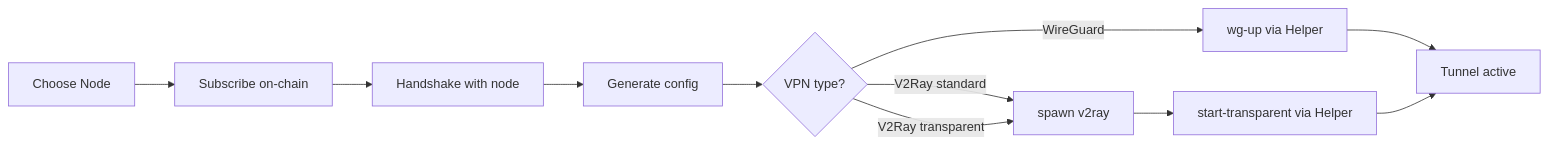
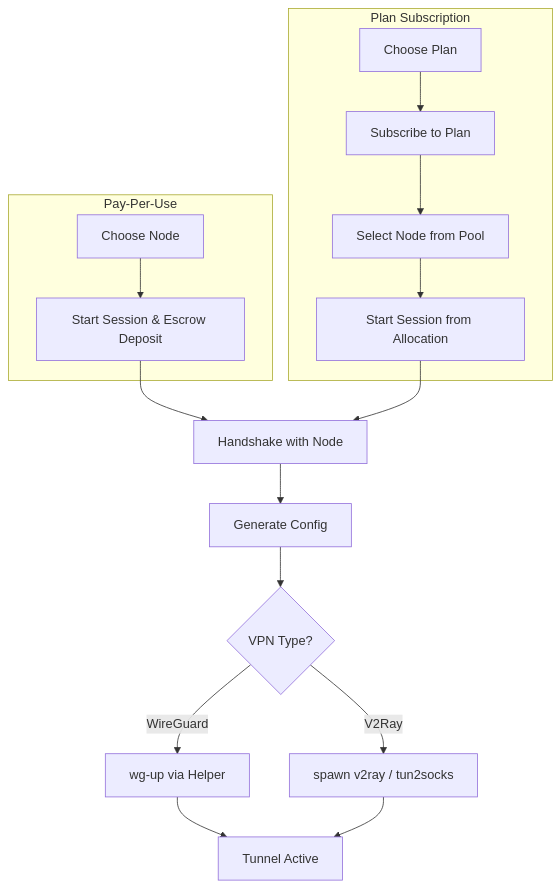
The first of 3 diagrams in README.md (Tkd-Alex/ChibaTunnel), drawn with Mermaid before and after one commit.

Commit message:
docs: detail connection lifecycle and plan subscription flow
Updated the architecture section to visually separate the Pay-Per-Use and Plan Subscription flows before the shared off-chain handshake.

````diff
--- a/README.md
+++ b/README.md
@@ -52,13 +52,22 @@
 ```mermaid
-graph LR
-  A[Choose Node] --> B[Subscribe on-chain]
-  B --> C[Handshake with node]
-  C --> D[Generate config]
-  D --> E{VPN type?}
-  E -->|WireGuard| F[wg-up via Helper]
-  E -->|V2Ray standard| G[spawn v2ray]
-  E -->|V2Ray transparent| G
-  G --> H[start-transparent via Helper]
-  F --> I[Tunnel active]
-  H --> I
+graph TD
+  subgraph Pay-Per-Use
+    A1[Choose Node] --> B1[Start Session & Escrow Deposit]
+  end
+  
+  subgraph Plan Subscription
+    A2[Choose Plan] --> B2[Subscribe to Plan]
+    B2 --> C2[Select Node from Pool]
+    C2 --> D2[Start Session from Allocation]
+  end
+
+  B1 --> E[Handshake with Node]
+  D2 --> E
+  
+  E --> F[Generate Config]
+  F --> G{VPN Type?}
+  G -->|WireGuard| H[wg-up via Helper]
+  G -->|V2Ray| I[spawn v2ray / tun2socks]
+  H --> J[Tunnel Active]
+  I --> J
 ```
````
